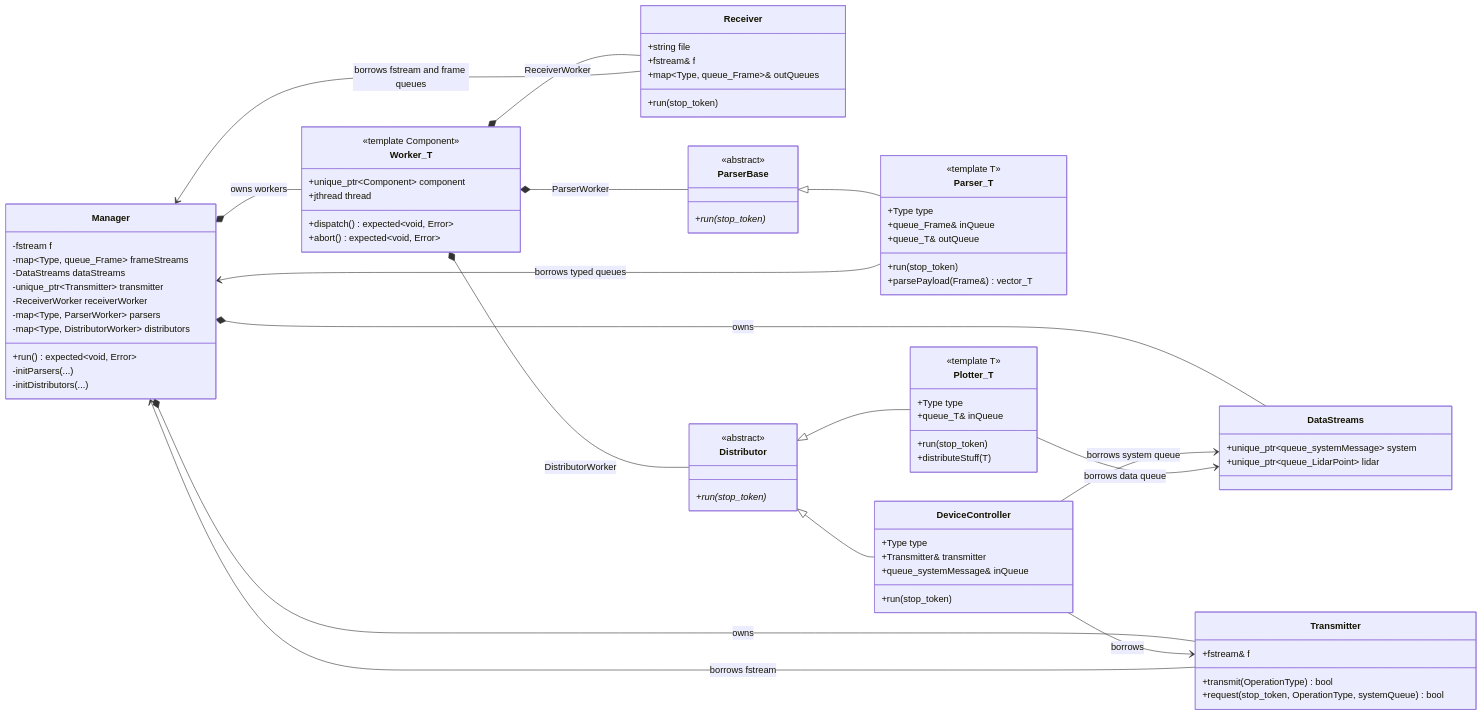
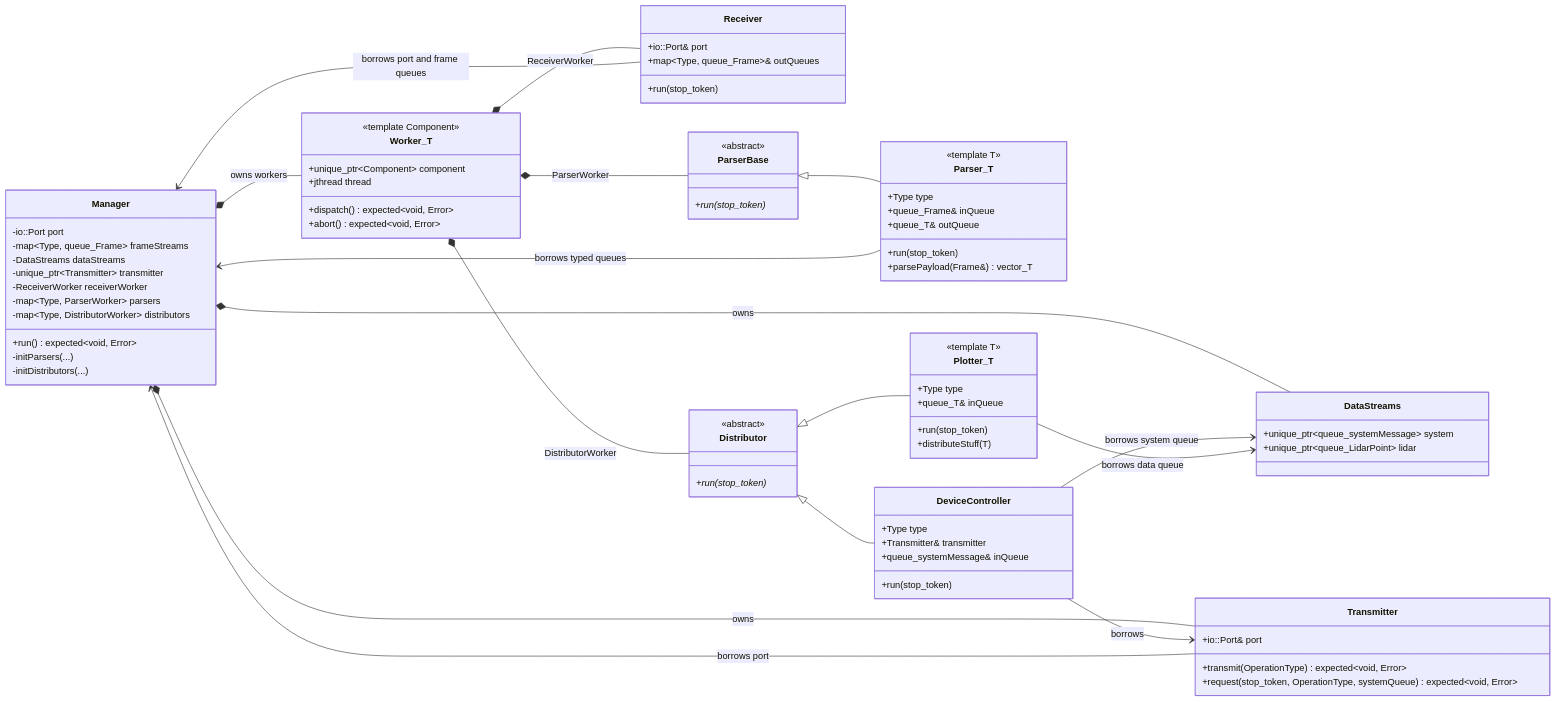
The first of 3 diagrams in docs/architecture.md (kei185-codex/my-plot), drawn with Mermaid before and after one commit. The commit also changed other lines of this file and 5 other files, not shown here.

````diff
--- a/docs/architecture.md
+++ b/docs/architecture.md
@@ -9,7 +9,7 @@
     direction LR
 
     class Manager {
-        -fstream f
+        -io::Port port
         -map~Type, queue_Frame~ frameStreams
         -DataStreams dataStreams
         -unique_ptr~Transmitter~ transmitter
@@ -35,8 +35,7 @@
     }
 
     class Receiver {
-        +string file
-        +fstream& f
+        +io::Port& port
         +map~Type, queue_Frame~& outQueues
         +run(stop_token)
     }
@@ -76,9 +75,9 @@
     }
 
     class Transmitter {
-        +fstream& f
-        +transmit(OperationType) bool
-        +request(stop_token, OperationType, systemQueue) bool
+        +io::Port& port
+        +transmit(OperationType) expected~void, Error~
+        +request(stop_token, OperationType, systemQueue) expected~void, Error~
     }
 
     Manager *-- DataStreams : owns
@@ -90,10 +89,10 @@
     ParserBase <|-- Parser_T
     Distributor <|-- DeviceController
     Distributor <|-- Plotter_T
-    Receiver --> Manager : borrows fstream and frame queues
+    Receiver --> Manager : borrows port and frame queues
     Parser_T --> Manager : borrows typed queues
     DeviceController --> Transmitter : borrows
     DeviceController --> DataStreams : borrows system queue
     Plotter_T --> DataStreams : borrows data queue
-    Transmitter --> Manager : borrows fstream
+    Transmitter --> Manager : borrows port
 ```
````
